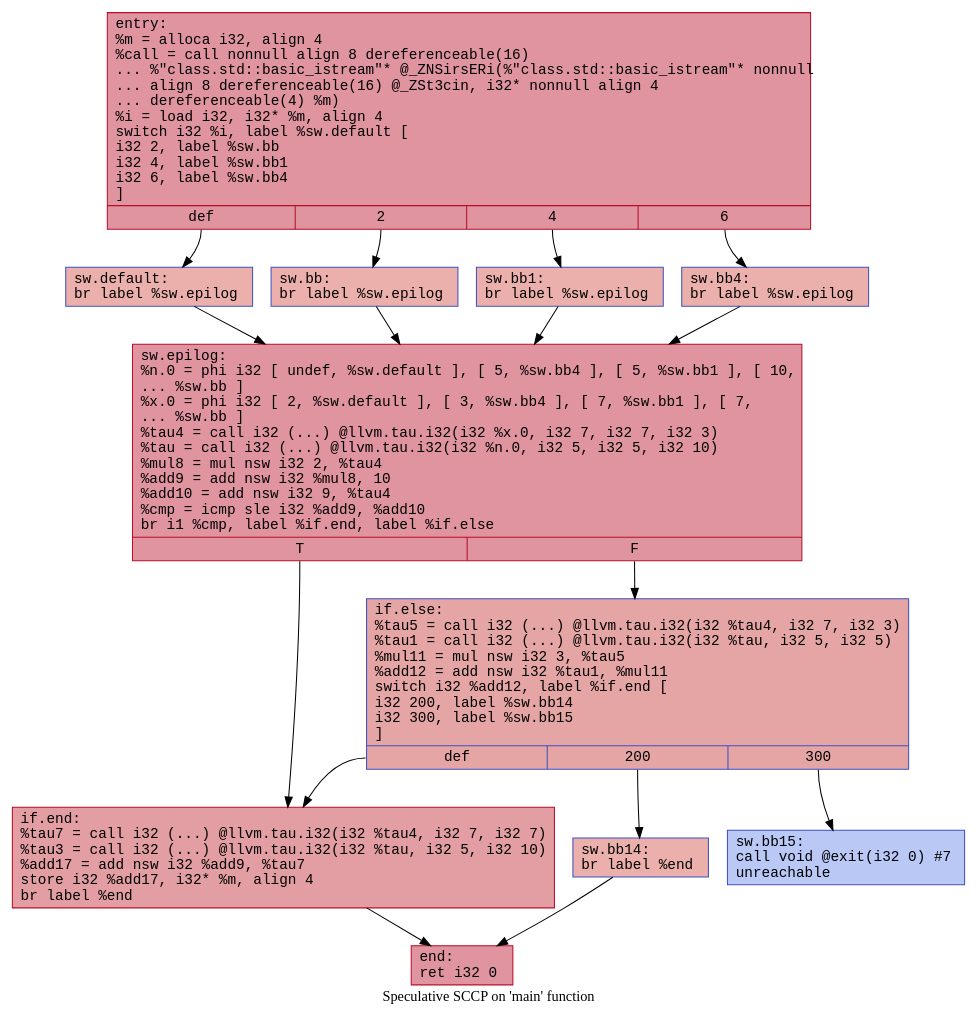
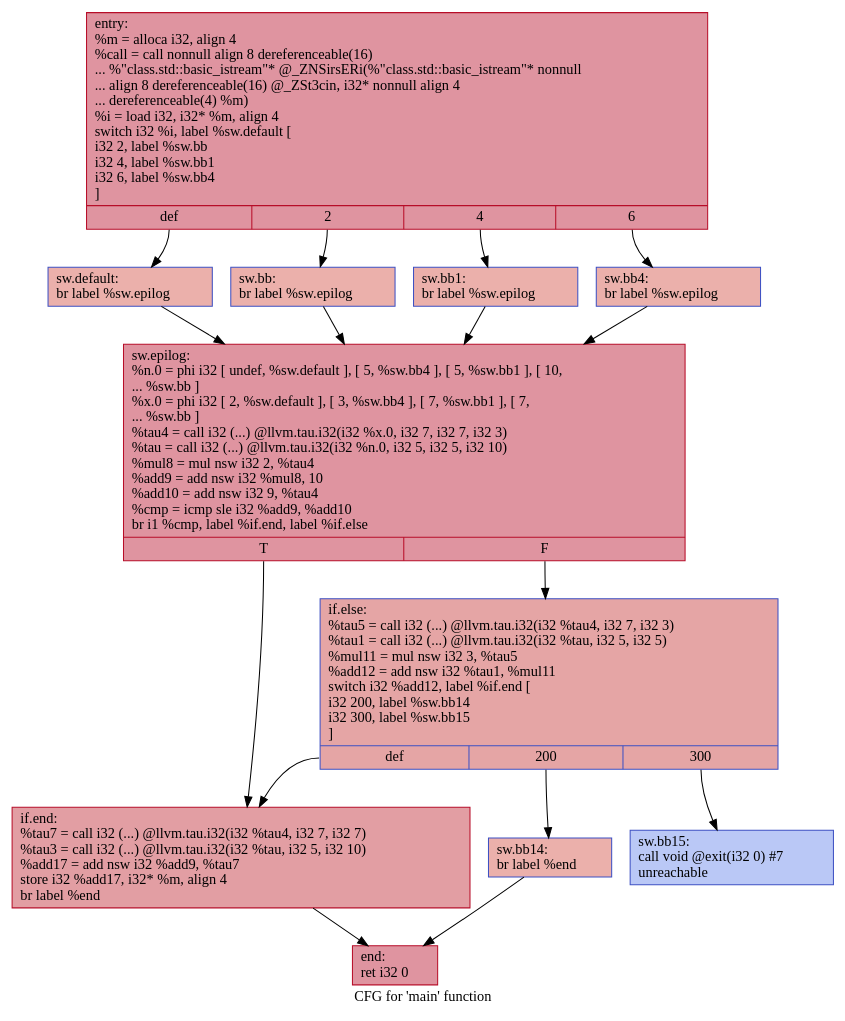
Before and after one commit to HPSSA-LLVM/HPSSA-LLVM: the diagram in IR/cfg/specSCCP_HPSSA.dot, drawn with Graphviz. The commit also changed 22 other files, not shown here.

```diff
--- a/IR/cfg/specSCCP_HPSSA.dot
+++ b/IR/cfg/specSCCP_HPSSA.dot
@@ -1,31 +1,30 @@
 digraph "CFG for 'main' function" {
-	label="Speculative SCCP on 'main' function";
-	node [fontname="Courier"];
-	edge [fontname="Courier"];
-	Node0x5643e73b2090 [shape=record,color="#b70d28ff", style=filled, fillcolor="#b70d2870",label="{entry:\l  %m = alloca i32, align 4\l  %call = call nonnull align 8 dereferenceable(16)\l... %\"class.std::basic_istream\"* @_ZNSirsERi(%\"class.std::basic_istream\"* nonnull\l... align 8 dereferenceable(16) @_ZSt3cin, i32* nonnull align 4\l... dereferenceable(4) %m)\l  %i = load i32, i32* %m, align 4\l  switch i32 %i, label %sw.default [\l    i32 2, label %sw.bb\l    i32 4, label %sw.bb1\l    i32 6, label %sw.bb4\l  ]\l|{<s0>def|<s1>2|<s2>4|<s3>6}}"];
-	Node0x5643e73b2090:s0 -> Node0x5643e73b24d0;
-	Node0x5643e73b2090:s1 -> Node0x5643e73b25e0;
-	Node0x5643e73b2090:s2 -> Node0x5643e73b26e0;
-	Node0x5643e73b2090:s3 -> Node0x5643e73b27e0;
-	Node0x5643e73b25e0 [shape=record,color="#3d50c3ff", style=filled, fillcolor="#d24b4070",label="{sw.bb:                                            \l  br label %sw.epilog\l}"];
-	Node0x5643e73b25e0 -> Node0x5643e73b2900;
-	Node0x5643e73b26e0 [shape=record,color="#3d50c3ff", style=filled, fillcolor="#d24b4070",label="{sw.bb1:                                           \l  br label %sw.epilog\l}"];
-	Node0x5643e73b26e0 -> Node0x5643e73b2900;
-	Node0x5643e73b27e0 [shape=record,color="#3d50c3ff", style=filled, fillcolor="#d24b4070",label="{sw.bb4:                                           \l  br label %sw.epilog\l}"];
-	Node0x5643e73b27e0 -> Node0x5643e73b2900;
-	Node0x5643e73b24d0 [shape=record,color="#3d50c3ff", style=filled, fillcolor="#d24b4070",label="{sw.default:                                       \l  br label %sw.epilog\l}"];
-	Node0x5643e73b24d0 -> Node0x5643e73b2900;
-	Node0x5643e73b2900 [shape=record,color="#b70d28ff", style=filled, fillcolor="#b70d2870",label="{sw.epilog:                                        \l  %n.0 = phi i32 [ undef, %sw.default ], [ 5, %sw.bb4 ], [ 5, %sw.bb1 ], [ 10,\l... %sw.bb ]\l  %x.0 = phi i32 [ 2, %sw.default ], [ 3, %sw.bb4 ], [ 7, %sw.bb1 ], [ 7,\l... %sw.bb ]\l  %tau4 = call i32 (...) @llvm.tau.i32(i32 %x.0, i32 7, i32 7, i32 3)\l  %tau = call i32 (...) @llvm.tau.i32(i32 %n.0, i32 5, i32 5, i32 10)\l  %mul8 = mul nsw i32 2, %tau4\l  %add9 = add nsw i32 %mul8, 10\l  %add10 = add nsw i32 9, %tau4\l  %cmp = icmp sle i32 %add9, %add10\l  br i1 %cmp, label %if.end, label %if.else\l|{<s0>T|<s1>F}}"];
-	Node0x5643e73b2900:s0 -> Node0x5643e73b3aa0;
-	Node0x5643e73b2900:s1 -> Node0x5643e73b3b10;
-	Node0x5643e73b3b10 [shape=record,color="#3d50c3ff", style=filled, fillcolor="#c5333470",label="{if.else:                                          \l  %tau5 = call i32 (...) @llvm.tau.i32(i32 %tau4, i32 7, i32 3)\l  %tau1 = call i32 (...) @llvm.tau.i32(i32 %tau, i32 5, i32 5)\l  %mul11 = mul nsw i32 3, %tau5\l  %add12 = add nsw i32 %tau1, %mul11\l  switch i32 %add12, label %if.end [\l    i32 200, label %sw.bb14\l    i32 300, label %sw.bb15\l  ]\l|{<s0>def|<s1>200|<s2>300}}"];
-	Node0x5643e73b3b10:s0 -> Node0x5643e73b3aa0;
-	Node0x5643e73b3b10:s1 -> Node0x5643e73b3ea0;
-	Node0x5643e73b3b10:s2 -> Node0x5643e73b3f40;
-	Node0x5643e73b3ea0 [shape=record,color="#3d50c3ff", style=filled, fillcolor="#d24b4070",label="{sw.bb14:                                          \l  br label %end\l}"];
-	Node0x5643e73b3ea0 -> Node0x5643e73b43f0;
-	Node0x5643e73b3f40 [shape=record,color="#3d50c3ff", style=filled, fillcolor="#6282ea70",label="{sw.bb15:                                          \l  call void @exit(i32 0) #7\l  unreachable\l}"];
-	Node0x5643e73b3aa0 [shape=record,color="#b70d28ff", style=filled, fillcolor="#be242e70",label="{if.end:                                           \l  %tau7 = call i32 (...) @llvm.tau.i32(i32 %tau4, i32 7, i32 7)\l  %tau3 = call i32 (...) @llvm.tau.i32(i32 %tau, i32 5, i32 10)\l  %add17 = add nsw i32 %add9, %tau7\l  store i32 %add17, i32* %m, align 4\l  br label %end\l}"];
-	Node0x5643e73b3aa0 -> Node0x5643e73b43f0;
-	Node0x5643e73b43f0 [shape=record,color="#b70d28ff", style=filled, fillcolor="#b70d2870",label="{end:                                              \l  ret i32 0\l}"];
+	label="CFG for 'main' function";
+
+	Node0x5586e394f090 [shape=record,color="#b70d28ff", style=filled, fillcolor="#b70d2870",label="{entry:\l  %m = alloca i32, align 4\l  %call = call nonnull align 8 dereferenceable(16)\l... %\"class.std::basic_istream\"* @_ZNSirsERi(%\"class.std::basic_istream\"* nonnull\l... align 8 dereferenceable(16) @_ZSt3cin, i32* nonnull align 4\l... dereferenceable(4) %m)\l  %i = load i32, i32* %m, align 4\l  switch i32 %i, label %sw.default [\l    i32 2, label %sw.bb\l    i32 4, label %sw.bb1\l    i32 6, label %sw.bb4\l  ]\l|{<s0>def|<s1>2|<s2>4|<s3>6}}"];
+	Node0x5586e394f090:s0 -> Node0x5586e394f4d0;
+	Node0x5586e394f090:s1 -> Node0x5586e394f5e0;
+	Node0x5586e394f090:s2 -> Node0x5586e394f6e0;
+	Node0x5586e394f090:s3 -> Node0x5586e394f7e0;
+	Node0x5586e394f5e0 [shape=record,color="#3d50c3ff", style=filled, fillcolor="#d24b4070",label="{sw.bb:                                            \l  br label %sw.epilog\l}"];
+	Node0x5586e394f5e0 -> Node0x5586e394f900;
+	Node0x5586e394f6e0 [shape=record,color="#3d50c3ff", style=filled, fillcolor="#d24b4070",label="{sw.bb1:                                           \l  br label %sw.epilog\l}"];
+	Node0x5586e394f6e0 -> Node0x5586e394f900;
+	Node0x5586e394f7e0 [shape=record,color="#3d50c3ff", style=filled, fillcolor="#d24b4070",label="{sw.bb4:                                           \l  br label %sw.epilog\l}"];
+	Node0x5586e394f7e0 -> Node0x5586e394f900;
+	Node0x5586e394f4d0 [shape=record,color="#3d50c3ff", style=filled, fillcolor="#d24b4070",label="{sw.default:                                       \l  br label %sw.epilog\l}"];
+	Node0x5586e394f4d0 -> Node0x5586e394f900;
+	Node0x5586e394f900 [shape=record,color="#b70d28ff", style=filled, fillcolor="#b70d2870",label="{sw.epilog:                                        \l  %n.0 = phi i32 [ undef, %sw.default ], [ 5, %sw.bb4 ], [ 5, %sw.bb1 ], [ 10,\l... %sw.bb ]\l  %x.0 = phi i32 [ 2, %sw.default ], [ 3, %sw.bb4 ], [ 7, %sw.bb1 ], [ 7,\l... %sw.bb ]\l  %tau4 = call i32 (...) @llvm.tau.i32(i32 %x.0, i32 7, i32 7, i32 3)\l  %tau = call i32 (...) @llvm.tau.i32(i32 %n.0, i32 5, i32 5, i32 10)\l  %mul8 = mul nsw i32 2, %tau4\l  %add9 = add nsw i32 %mul8, 10\l  %add10 = add nsw i32 9, %tau4\l  %cmp = icmp sle i32 %add9, %add10\l  br i1 %cmp, label %if.end, label %if.else\l|{<s0>T|<s1>F}}"];
+	Node0x5586e394f900:s0 -> Node0x5586e3950aa0;
+	Node0x5586e394f900:s1 -> Node0x5586e3950b10;
+	Node0x5586e3950b10 [shape=record,color="#3d50c3ff", style=filled, fillcolor="#c5333470",label="{if.else:                                          \l  %tau5 = call i32 (...) @llvm.tau.i32(i32 %tau4, i32 7, i32 3)\l  %tau1 = call i32 (...) @llvm.tau.i32(i32 %tau, i32 5, i32 5)\l  %mul11 = mul nsw i32 3, %tau5\l  %add12 = add nsw i32 %tau1, %mul11\l  switch i32 %add12, label %if.end [\l    i32 200, label %sw.bb14\l    i32 300, label %sw.bb15\l  ]\l|{<s0>def|<s1>200|<s2>300}}"];
+	Node0x5586e3950b10:s0 -> Node0x5586e3950aa0;
+	Node0x5586e3950b10:s1 -> Node0x5586e3950ea0;
+	Node0x5586e3950b10:s2 -> Node0x5586e3950f40;
+	Node0x5586e3950ea0 [shape=record,color="#3d50c3ff", style=filled, fillcolor="#d24b4070",label="{sw.bb14:                                          \l  br label %end\l}"];
+	Node0x5586e3950ea0 -> Node0x5586e39513f0;
+	Node0x5586e3950f40 [shape=record,color="#3d50c3ff", style=filled, fillcolor="#6282ea70",label="{sw.bb15:                                          \l  call void @exit(i32 0) #7\l  unreachable\l}"];
+	Node0x5586e3950aa0 [shape=record,color="#b70d28ff", style=filled, fillcolor="#be242e70",label="{if.end:                                           \l  %tau7 = call i32 (...) @llvm.tau.i32(i32 %tau4, i32 7, i32 7)\l  %tau3 = call i32 (...) @llvm.tau.i32(i32 %tau, i32 5, i32 10)\l  %add17 = add nsw i32 %add9, %tau7\l  store i32 %add17, i32* %m, align 4\l  br label %end\l}"];
+	Node0x5586e3950aa0 -> Node0x5586e39513f0;
+	Node0x5586e39513f0 [shape=record,color="#b70d28ff", style=filled, fillcolor="#b70d2870",label="{end:                                              \l  ret i32 0\l}"];
 }
```
